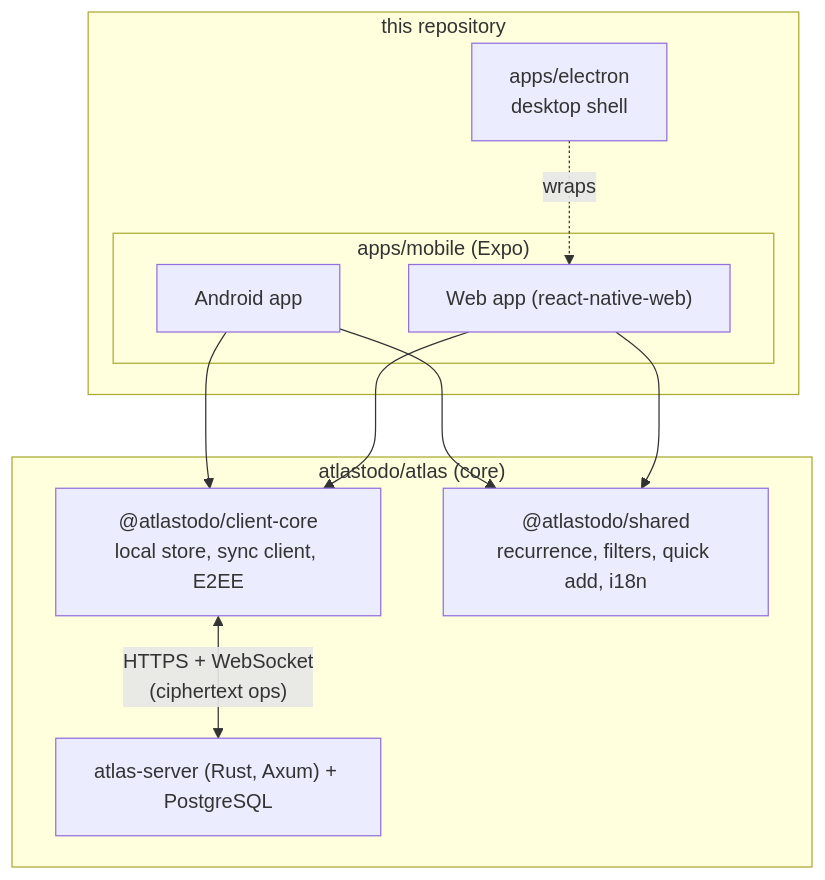
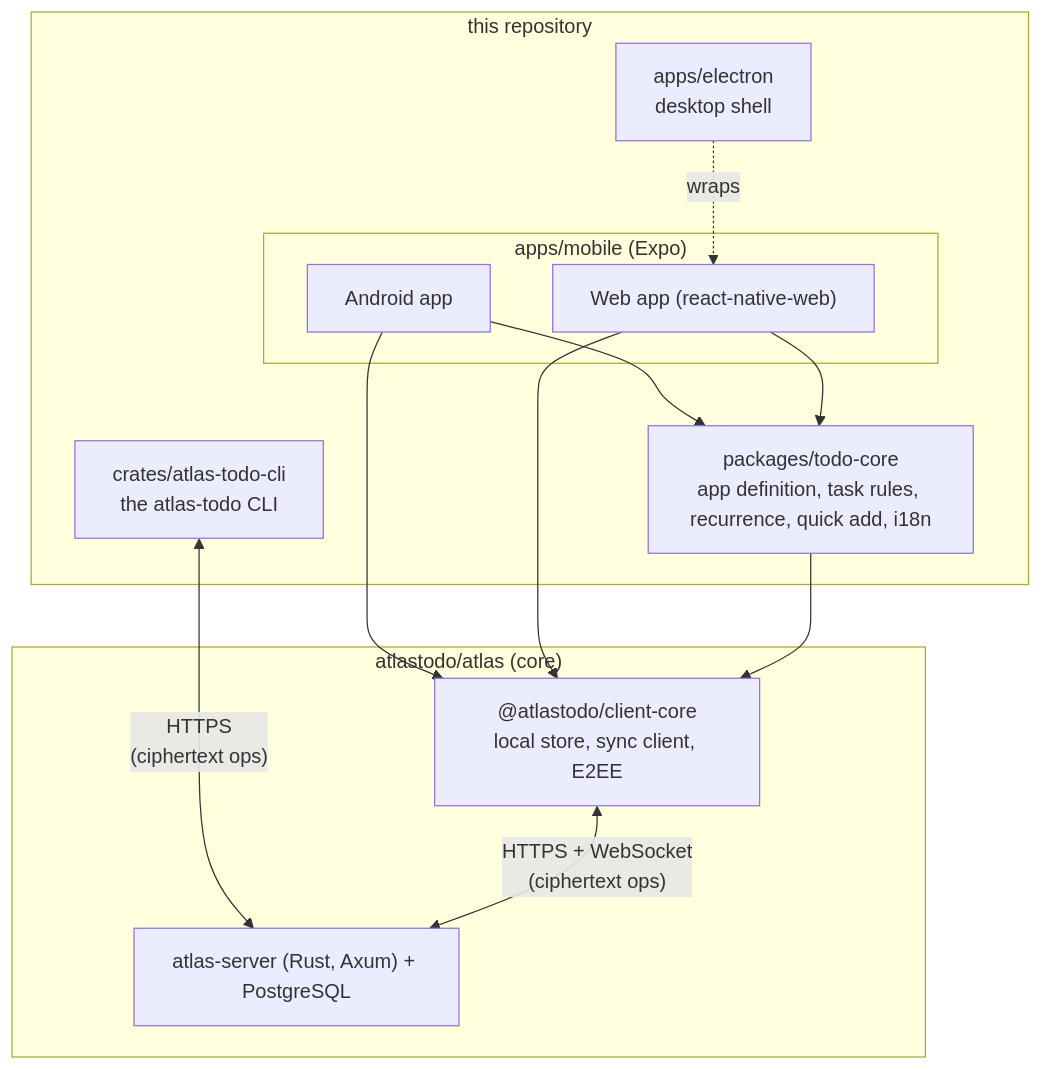
One commit to atlastodo/atlas-todo changed the diagram in README.md. Above: the diagram before and after it, drawn with Mermaid. The commit also changed other lines of this file and 394 other files, not shown here.

First line of the commit message:
feat!: own Atlas Todo's domain: todo-core and the atlas-todo CLI

````diff
--- a/README.md
+++ b/README.md
@@ -105,22 +105,25 @@
 ```mermaid
 flowchart TB
   subgraph app["this repository"]
     subgraph clients["apps/mobile (Expo)"]
       android["Android app"]
       web["Web app (react-native-web)"]
     end
     electron["apps/electron<br/>desktop shell"]
+    todocore["packages/todo-core<br/>app definition, task rules, recurrence, quick add, i18n"]
+    cli["crates/atlas-todo-cli<br/>the atlas-todo CLI"]
   end
   subgraph core["atlastodo/atlas (core)"]
     clientcore["@atlastodo/client-core<br/>local store, sync client, E2EE"]
-    shared["@atlastodo/shared<br/>recurrence, filters, quick add, i18n"]
     server["atlas-server (Rust, Axum) + PostgreSQL"]
   end
 
   electron -.->|wraps| web
   android --> clientcore
   web --> clientcore
-  android --> shared
-  web --> shared
+  android --> todocore
+  web --> todocore
+  todocore --> clientcore
+  cli <-->|"HTTPS<br/>(ciphertext ops)"| server
   clientcore <-->|"HTTPS + WebSocket<br/>(ciphertext ops)"| server
 ```
````
